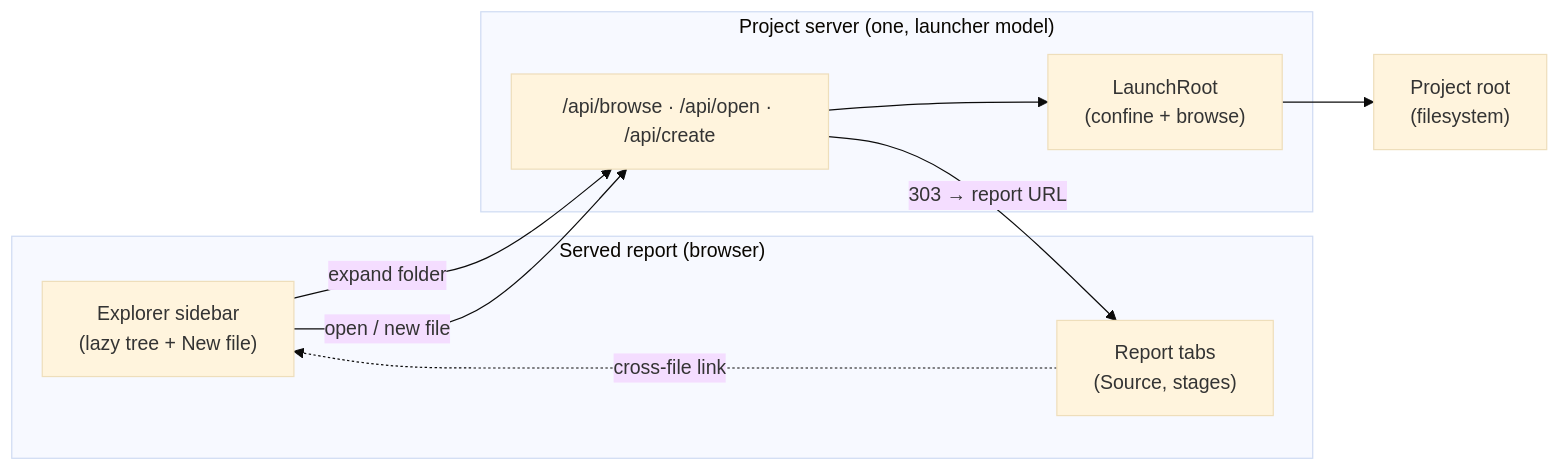
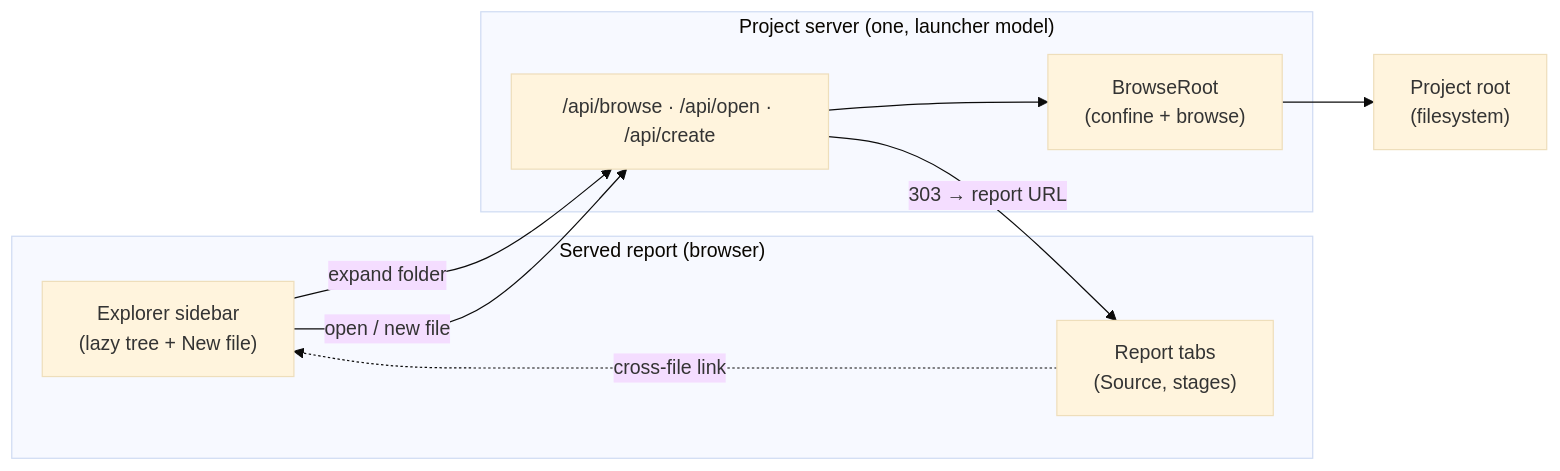
One commit to pengzhengyi/dialoguedown changed the diagram in docs/contributing/design-notes/Live Visualization - File Explorer.md. Above: the diagram before and after it, drawn with Mermaid (base theme). The commit also changed other lines of this file and 22 other files, not shown here.

````diff
--- a/docs/contributing/design-notes/Live Visualization - File Explorer.md
+++ b/docs/contributing/design-notes/Live Visualization - File Explorer.md
@@ -163,18 +163,18 @@
 ```mermaid
 flowchart LR
     subgraph browser["Served report (browser)"]
         EXP["Explorer sidebar<br/>(lazy tree + New file)"]
         RPT["Report tabs<br/>(Source, stages)"]
     end
     subgraph server["Project server (one, launcher model)"]
         API["/api/browse · /api/open · /api/create"]
-        ROOT["LaunchRoot<br/>(confine + browse)"]
+        ROOT["BrowseRoot<br/>(confine + browse)"]
     end
     FS["Project root<br/>(filesystem)"]
 
     EXP -->|"expand folder"| API
     EXP -->|"open / new file"| API
     API --> ROOT --> FS
     API -->|"303 → report URL"| RPT
     RPT -. "cross-file link" .-> EXP
 ```
````
